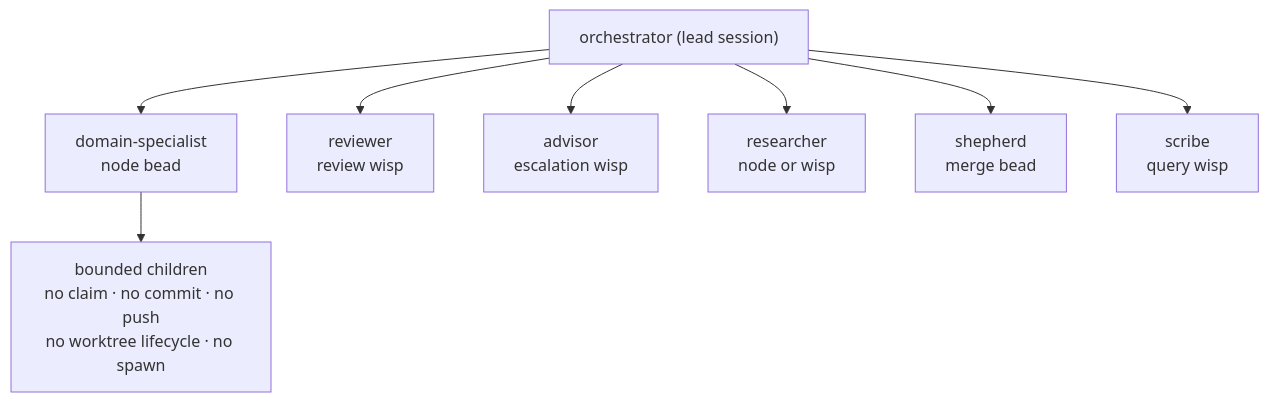
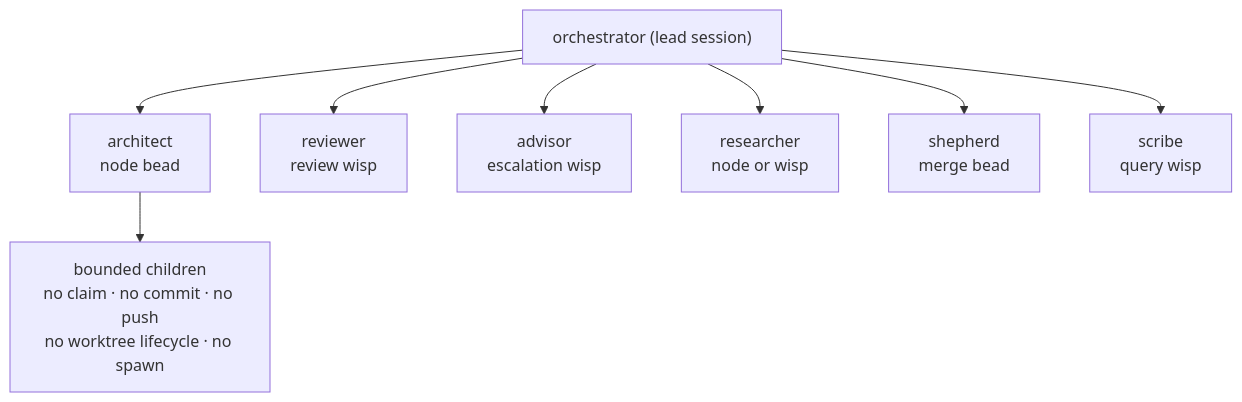
Before and after one commit to srobroek/agentic-packages: the second of 6 diagrams in docs/orchestrate.md, drawn with Mermaid. The commit also changed other lines of this file and 14 other files, not shown here.

````diff
--- a/docs/orchestrate.md
+++ b/docs/orchestrate.md
@@ -85,11 +85,11 @@
 ```mermaid
 graph TD
     O["orchestrator (lead session)"]
-    O --> SP["domain-specialist<br/>node bead"]
+    O --> SP["architect<br/>node bead"]
     O --> RV["reviewer<br/>review wisp"]
     O --> AD["advisor<br/>escalation wisp"]
     O --> RS["researcher<br/>node or wisp"]
     O --> SH["shepherd<br/>merge bead"]
     O --> SC["scribe<br/>query wisp"]
     SP --> CH["bounded children<br/>no claim · no commit · no push<br/>no worktree lifecycle · no spawn"]
 ```
````
